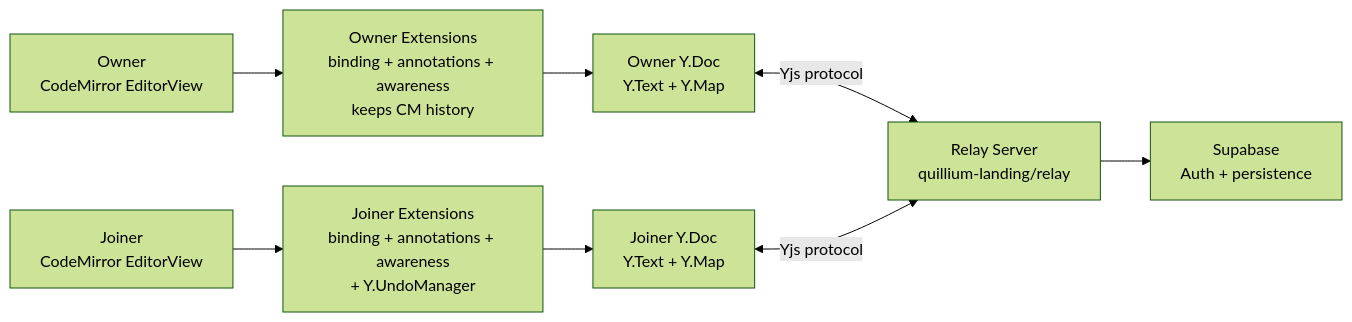
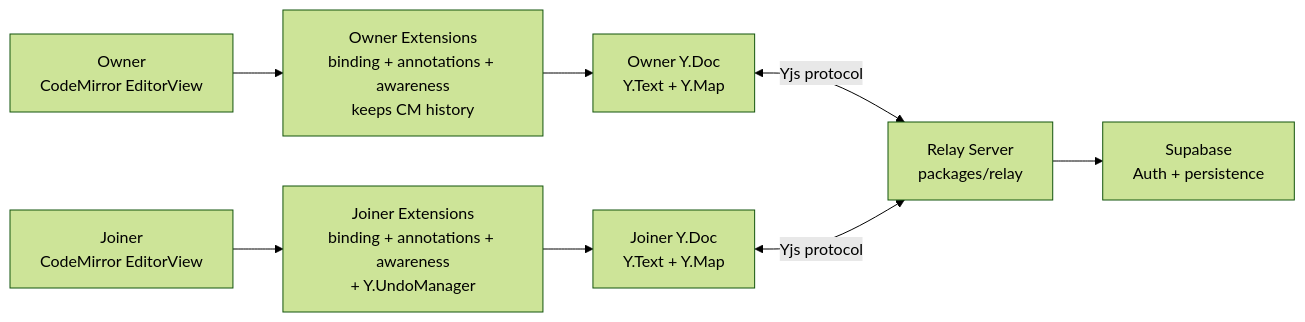
The first of 4 diagrams in docs/collaboration.md (ThatXliner/Quillium), drawn with Mermaid (forest theme) before and after one commit. The commit also changed 667 other files, not shown here.

````diff
--- a/docs/collaboration.md
+++ b/docs/collaboration.md
@@ -14,17 +14,17 @@
 ```mermaid
 flowchart LR
     Owner["Owner<br/>CodeMirror EditorView"]
     Joiner["Joiner<br/>CodeMirror EditorView"]
     OwnerExt["Owner Extensions<br/>binding + annotations + awareness<br/>keeps CM history"]
     JoinerExt["Joiner Extensions<br/>binding + annotations + awareness<br/>+ Y.UndoManager"]
     OwnerDoc["Owner Y.Doc<br/>Y.Text + Y.Map"]
     JoinerDoc["Joiner Y.Doc<br/>Y.Text + Y.Map"]
-    Relay["Relay Server<br/>quillium-landing/relay"]
+    Relay["Relay Server<br/>packages/relay"]
     Supabase["Supabase<br/>Auth + persistence"]
 
     Owner --> OwnerExt --> OwnerDoc
     Joiner --> JoinerExt --> JoinerDoc
     OwnerDoc <-->|"Yjs protocol"| Relay
     JoinerDoc <-->|"Yjs protocol"| Relay
     Relay --> Supabase
 ```
````
